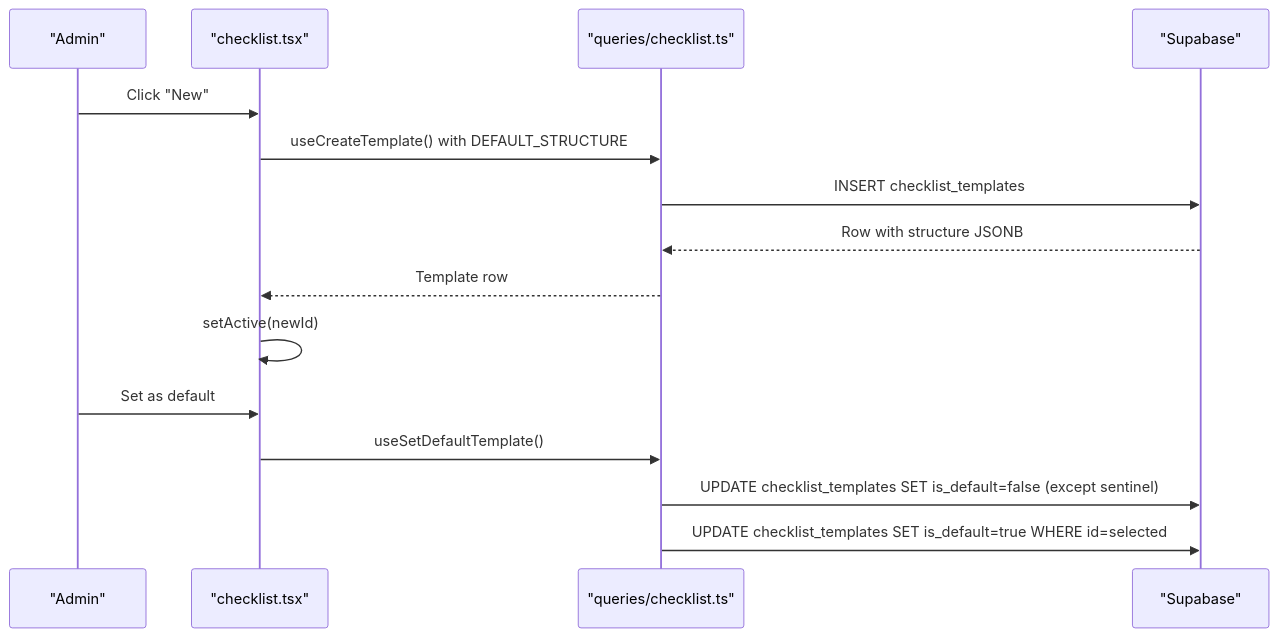
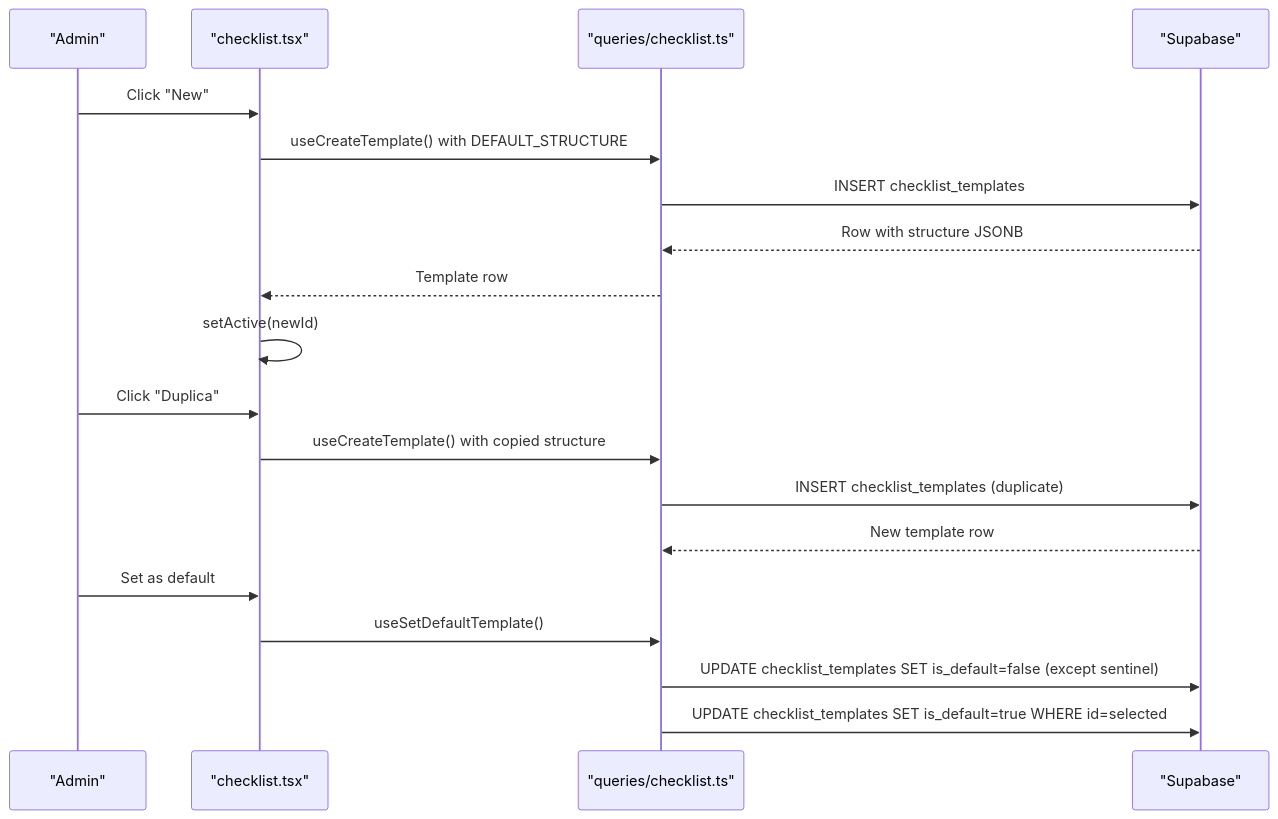
The fifth of 10 diagrams in .qoder/repowiki/en/content/Ticket Management System/Checklist System.md (gastaldellomarco/pcReady), drawn with Mermaid before and after one commit. The commit also changed other lines of this file and 15 other files, not shown here.

````diff
--- a/.qoder/repowiki/en/content/Ticket Management System/Checklist System.md
+++ b/.qoder/repowiki/en/content/Ticket Management System/Checklist System.md
@@ -175,17 +235,21 @@
 ```mermaid
 sequenceDiagram
 participant Admin as "Admin"
 participant Editor as "checklist.tsx"
 participant Q as "queries/checklist.ts"
 participant DB as "Supabase"
 Admin->>Editor : Click "New"
 Editor->>Q : useCreateTemplate() with DEFAULT_STRUCTURE
 Q->>DB : INSERT checklist_templates
 DB-->>Q : Row with structure JSONB
 Q-->>Editor : Template row
 Editor->>Editor : setActive(newId)
+Admin->>Editor : Click "Duplica"
+Editor->>Q : useCreateTemplate() with copied structure
+Q->>DB : INSERT checklist_templates (duplicate)
+DB-->>Q : New template row
 Admin->>Editor : Set as default
 Editor->>Q : useSetDefaultTemplate()
 Q->>DB : UPDATE checklist_templates SET is_default=false (except sentinel)
 Q->>DB : UPDATE checklist_templates SET is_default=true WHERE id=selected
 ```
````
